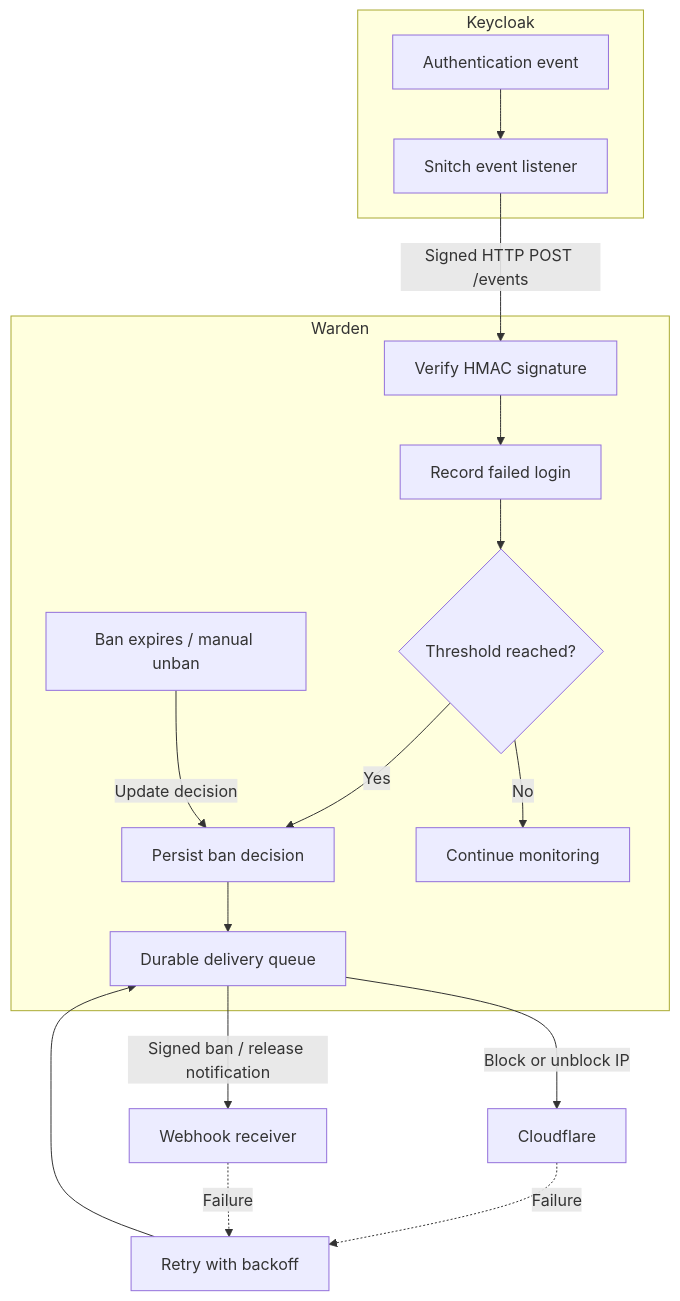
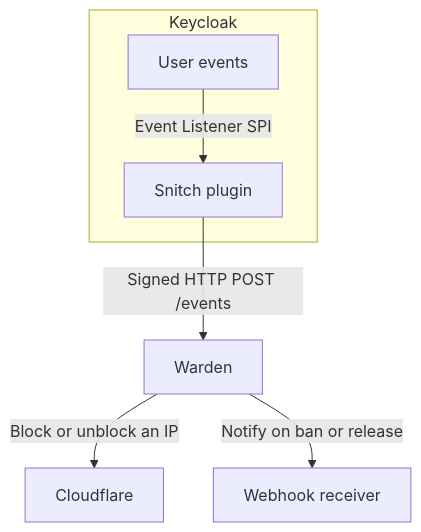
One commit to gi8lino/keycloak-warden changed the diagram in README.md. Above: the diagram before and after it, drawn with Mermaid. The commit also changed other lines of this file and 11 other files, not shown here.

````diff
--- a/README.md
+++ b/README.md
@@ -7,33 +5,9 @@
 ```mermaid
 flowchart TD
     subgraph K["Keycloak"]
-        E["Authentication event"]
-        S["Snitch event listener"]
-        E --> S
+        E["User events"] -->|Event Listener SPI| S["Snitch plugin"]
     end
-
-    subgraph W["Warden"]
-        V["Verify HMAC signature"]
-        F["Record failed login"]
-        T{"Threshold reached?"}
-        B["Persist ban decision"]
-        Q["Durable delivery queue"]
-        X["Ban expires / manual unban"]
-
-        V --> F
-        F --> T
-        T -->|Yes| B
-        T -->|No| N["Continue monitoring"]
-        B --> Q
-        X -->|Update decision| B
-    end
-
-    S -->|Signed HTTP POST /events| V
-
-    Q -->|Block or unblock IP| C["Cloudflare"]
-    Q -->|Signed ban / release notification| H["Webhook receiver"]
-
-    C -.->|Failure| R["Retry with backoff"]
-    H -.->|Failure| R
-    R --> Q
+    S -->|Signed HTTP POST /events| W["Warden"]
+    W -->|Block or unblock an IP| C["Cloudflare"]
+    W -->|Notify on ban or release| H["Webhook receiver"]
 ```
````
